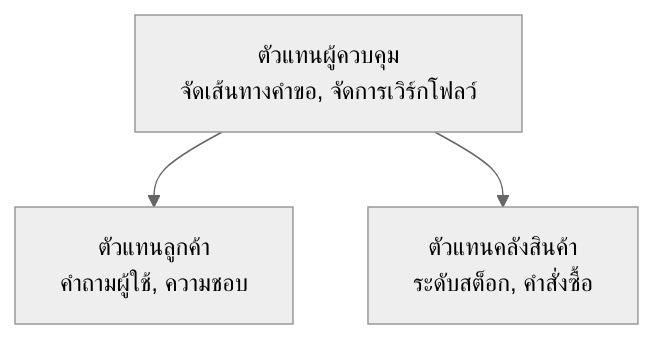
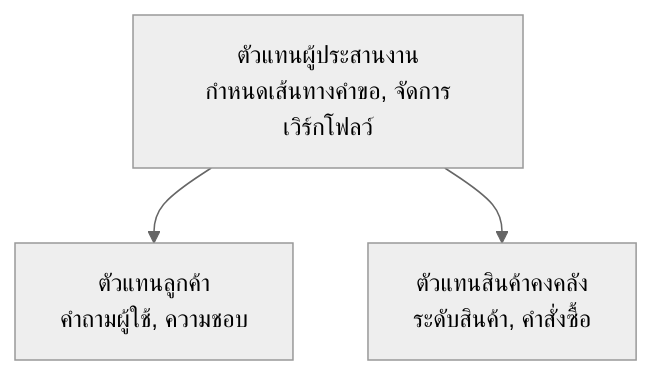
Before and after one commit to microsoft/AZD-for-beginners: the diagram in translations/th/docs/chapter-05-multi-agent/README.md, drawn with Mermaid (neutral theme). The commit also changed other lines of this file and 104 other files, not shown here.

````diff
--- a/translations/th/docs/chapter-05-multi-agent/README.md
+++ b/translations/th/docs/chapter-05-multi-agent/README.md
@@ -52,5 +54,5 @@
 ```mermaid
 graph TD
-    Orchestrator[ตัวแทนผู้ควบคุม<br/>จัดเส้นทางคำขอ, จัดการเวิร์กโฟลว์] --> Customer[ตัวแทนลูกค้า<br/>คำถามผู้ใช้, ความชอบ]
-    Orchestrator --> Inventory[ตัวแทนคลังสินค้า<br/>ระดับสต็อก, คำสั่งซื้อ]
+    Orchestrator[ตัวแทนผู้ประสานงาน<br/>กำหนดเส้นทางคำขอ, จัดการเวิร์กโฟลว์] --> Customer[ตัวแทนลูกค้า<br/>คำถามผู้ใช้, ความชอบ]
+    Orchestrator --> Inventory[ตัวแทนสินค้าคงคลัง<br/>ระดับสินค้า, คำสั่งซื้อ]
 ```
````
